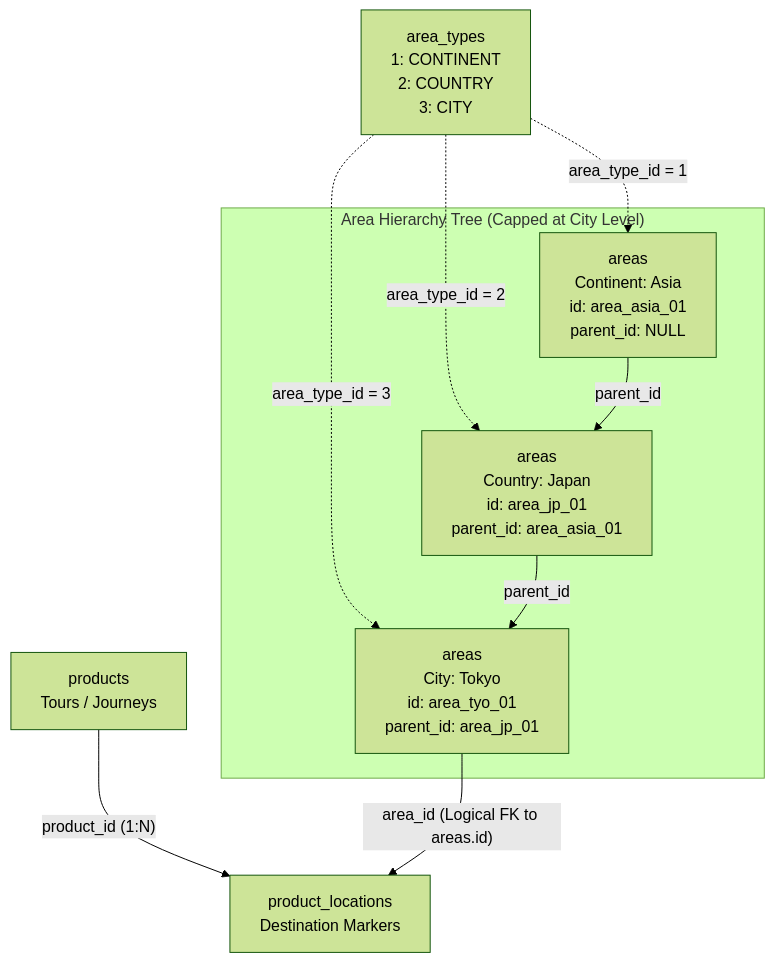
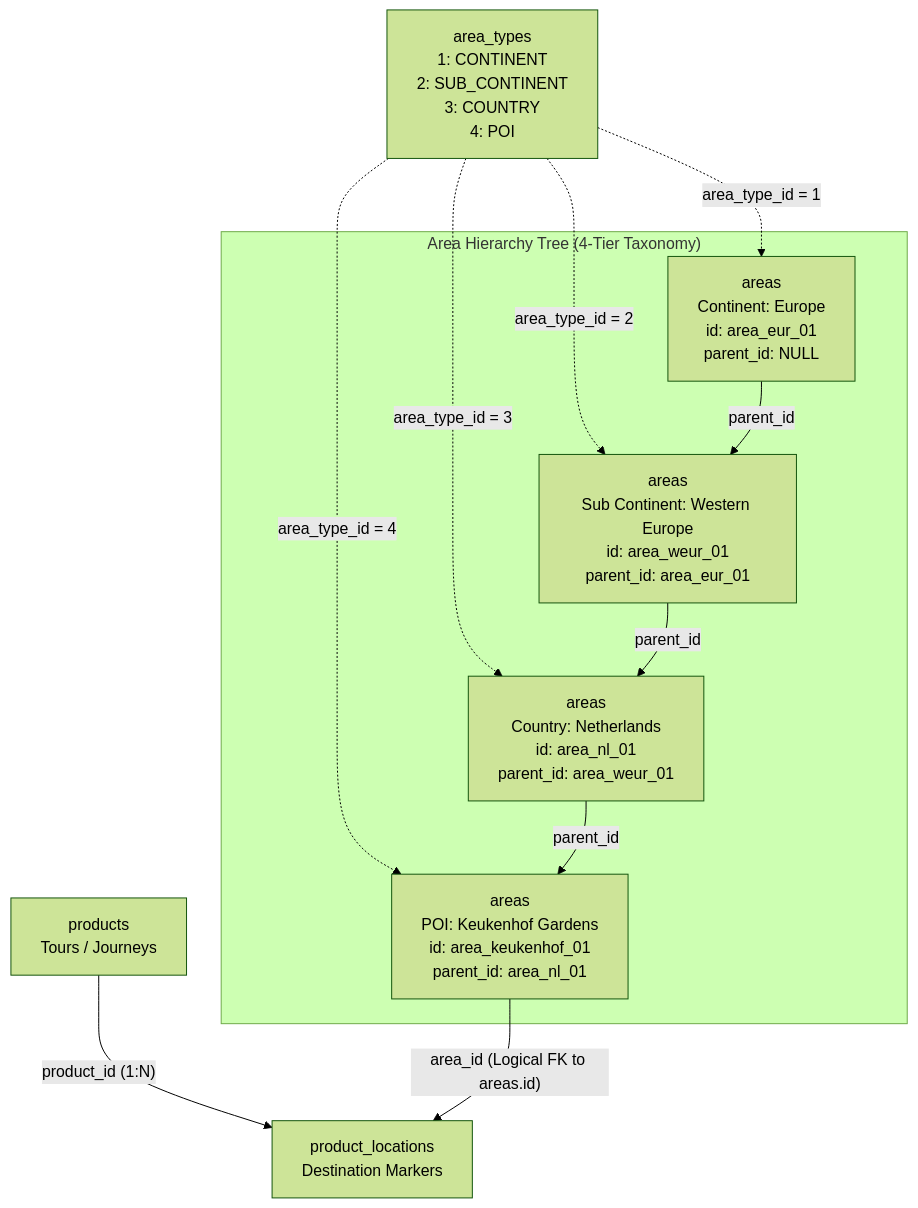
One commit to Haris-saifudin/hobiholidays-documentations changed the third of 3 diagrams in technical/area-technical-design.md. Above: the diagram before and after it, drawn with Mermaid (forest theme). The commit also changed other lines of this file and 3 other files, not shown here.

First line of the commit message:
docs(area): upgrade geographic hierarchy to 4-tier Continent -> Sub Continent -> Country -> POI

````diff
--- a/technical/area-technical-design.md
+++ b/technical/area-technical-design.md
@@ -259,28 +273,32 @@
 ```mermaid
 flowchart TB
 
-    ATYPE["area_types<br/>1: CONTINENT<br/>2: COUNTRY<br/>3: CITY"]
+    ATYPE["area_types<br/>1: CONTINENT<br/>2: SUB_CONTINENT<br/>3: COUNTRY<br/>4: POI"]
 
-    subgraph AH["Area Hierarchy Tree (Capped at City Level)"]
-        ROOT["areas<br/>Continent: Asia<br/>id: area_asia_01<br/>parent_id: NULL"]
+    subgraph AH["Area Hierarchy Tree (4-Tier Taxonomy)"]
+        ROOT["areas<br/>Continent: Europe<br/>id: area_eur_01<br/>parent_id: NULL"]
 
-        COUNTRY["areas<br/>Country: Japan<br/>id: area_jp_01<br/>parent_id: area_asia_01"]
+        SUBCONT["areas<br/>Sub Continent: Western Europe<br/>id: area_weur_01<br/>parent_id: area_eur_01"]
 
-        CITY["areas<br/>City: Tokyo<br/>id: area_tyo_01<br/>parent_id: area_jp_01"]
+        COUNTRY["areas<br/>Country: Netherlands<br/>id: area_nl_01<br/>parent_id: area_weur_01"]
+
+        POI["areas<br/>POI: Keukenhof Gardens<br/>id: area_keukenhof_01<br/>parent_id: area_nl_01"]
     end
 
     ATYPE -. "area_type_id = 1" .-> ROOT
-    ATYPE -. "area_type_id = 2" .-> COUNTRY
-    ATYPE -. "area_type_id = 3" .-> CITY
+    ATYPE -. "area_type_id = 2" .-> SUBCONT
+    ATYPE -. "area_type_id = 3" .-> COUNTRY
+    ATYPE -. "area_type_id = 4" .-> POI
 
-    ROOT -->|"parent_id"| COUNTRY
-    COUNTRY -->|"parent_id"| CITY
+    ROOT -->|"parent_id"| SUBCONT
+    SUBCONT -->|"parent_id"| COUNTRY
+    COUNTRY -->|"parent_id"| POI
 
     PROD["products<br/>Tours / Journeys"]
 
     PROD_LOC["product_locations<br/>Destination Markers"]
 
     PROD -->|"product_id (1:N)"| PROD_LOC
 
-    CITY -->|"area_id (Logical FK to areas.id)"| PROD_LOC
+    POI -->|"area_id (Logical FK to areas.id)"| PROD_LOC
 ```
````
